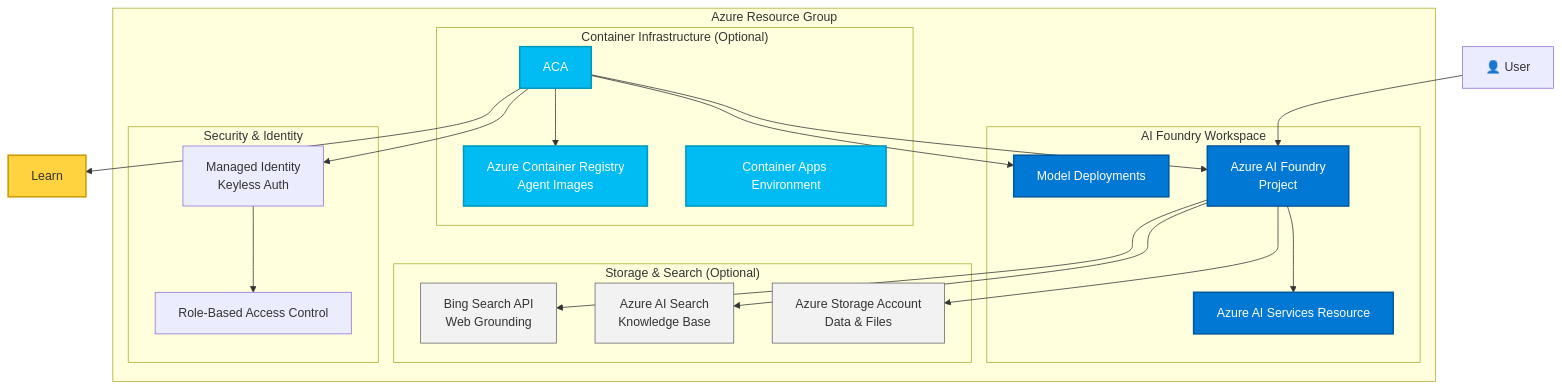
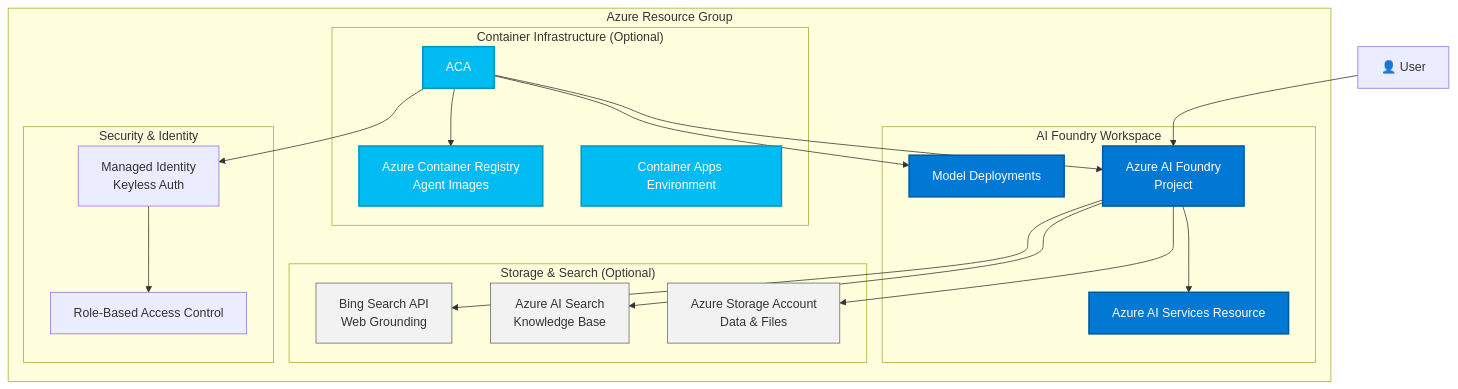
Before and after one commit to Azure-Samples/azd-ai-starter-basic: the diagram in README.md, drawn with Mermaid.

Commit message:
remove learn

````diff
--- a/README.md
+++ b/README.md
@@ -33,52 +33,50 @@
 ```mermaid
 graph TB
     User[👤 User] --> AIF[AI Agent Runtime]
     
     subgraph "Azure Resource Group"
         subgraph "AI Foundry Workspace"
             AIF[Azure AI Foundry<br/>Project]
             AIS[Azure AI Services Resource]
             Models[Model Deployments]
         end
         
         subgraph "Container Infrastructure (Optional)"
             ACR[Azure Container Registry<br/>Agent Images]
             ACAE[Container Apps Environment]
             ACA
         end
         
         subgraph "Storage & Search (Optional)"
             Storage[Azure Storage Account<br/>Data & Files]
             Search[Azure AI Search<br/>Knowledge Base]
             Bing[Bing Search API<br/>Web Grounding]
         end
         
         subgraph "Security & Identity"
             MI[Managed Identity<br/>Keyless Auth]
             RBAC[Role-Based Access Control]
         end
     end
     
     %% Connections
     ACA --> AIF
     ACA --> Models
     AIF --> AIS
     AIF --> Storage
     AIF --> Search
     AIF --> Bing
     ACA --> ACR
     ACA --> MI
     MI --> RBAC
-    ACA --> Learn
     
     %% Styling
     classDef primary fill:#0078d4,stroke:#005a9e,stroke-width:2px,color:#fff
     classDef secondary fill:#00bcf2,stroke:#0099bc,stroke-width:2px,color:#fff
     classDef optional fill:#f2f2f2,stroke:#666,stroke-width:1px,color:#333
     classDef external fill:#ffd23f,stroke:#cc9900,stroke-width:2px,color:#333
     
     class AIF,AIS,Models primary
     class ACA,ACR,ACAE secondary
     class Storage,Search,Bing optional
-    class Learn external
 ```
````
